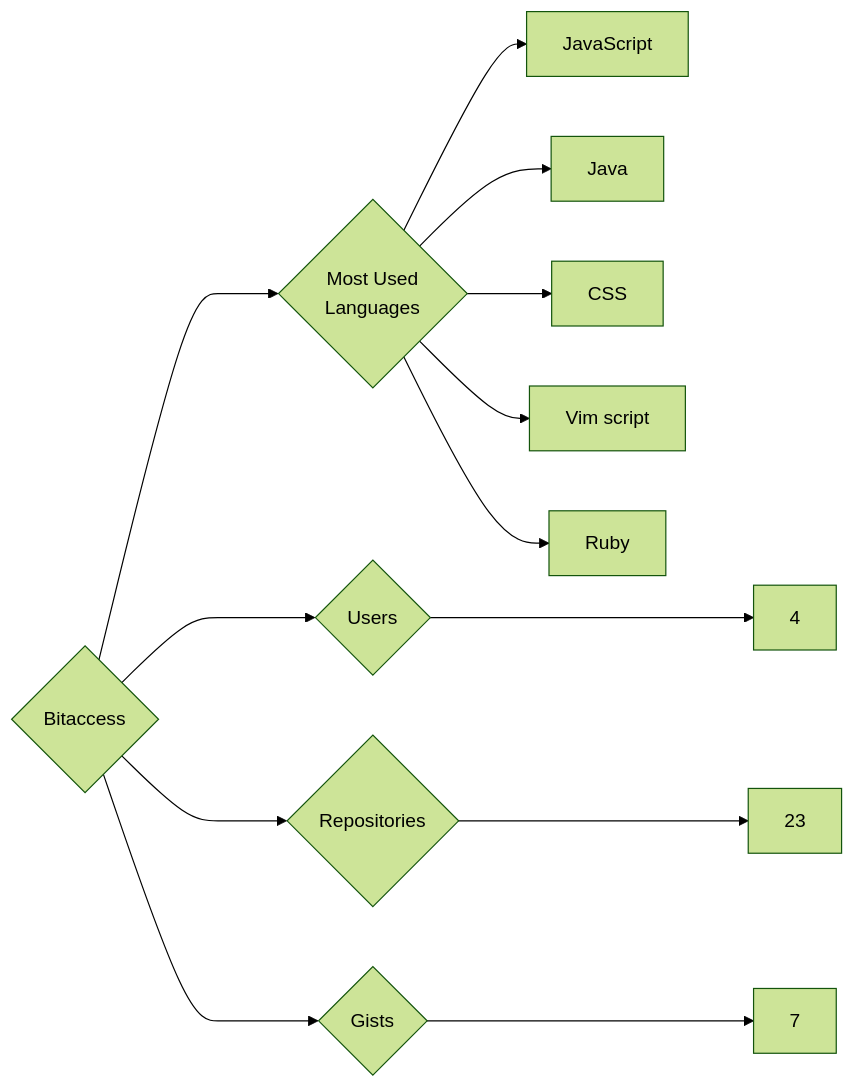
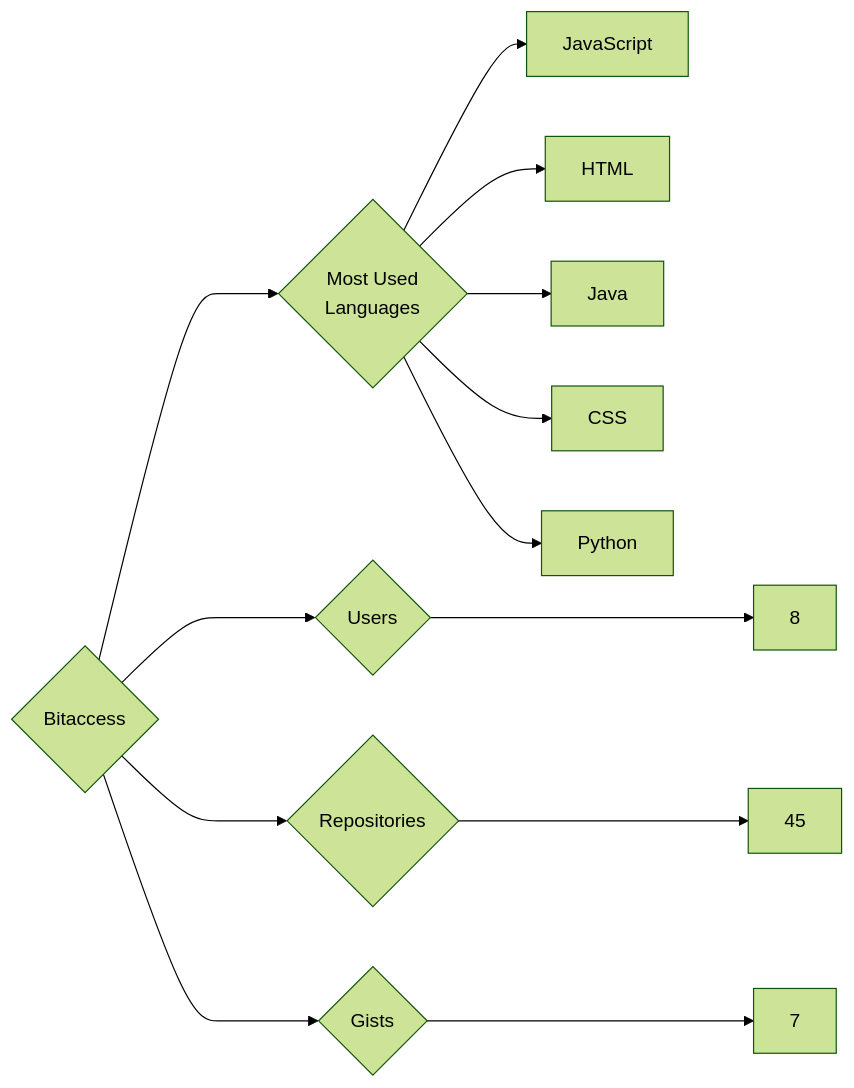
One commit to trickest/insiders changed the diagram in targets/Bitaccess/README.md. Above: the diagram before and after it, drawn with Mermaid (forest theme). The commit also changed 736 other files, not shown here.

````diff
--- a/targets/Bitaccess/README.md
+++ b/targets/Bitaccess/README.md
@@ -3,13 +3,13 @@
 ```mermaid
 graph LR
 COMPANY_NAME{Bitaccess}
-COMPANY_NAME ---> U{Users} ---> UN[4]
-COMPANY_NAME ---> R{Repositories} ---> RN[23]
+COMPANY_NAME ---> U{Users} ---> UN[8]
+COMPANY_NAME ---> R{Repositories} ---> RN[45]
 COMPANY_NAME ---> G{Gists} ---> GN[7]
 COMPANY_NAME ---> ML{Most Used<br>Languages}
 ML --> JavaScript[JavaScript]
+ML --> HTML[HTML]
 ML --> Java[Java]
 ML --> CSS[CSS]
-ML --> Vim_script[Vim script]
-ML --> Ruby[Ruby]
+ML --> Python[Python]
 ```
````
